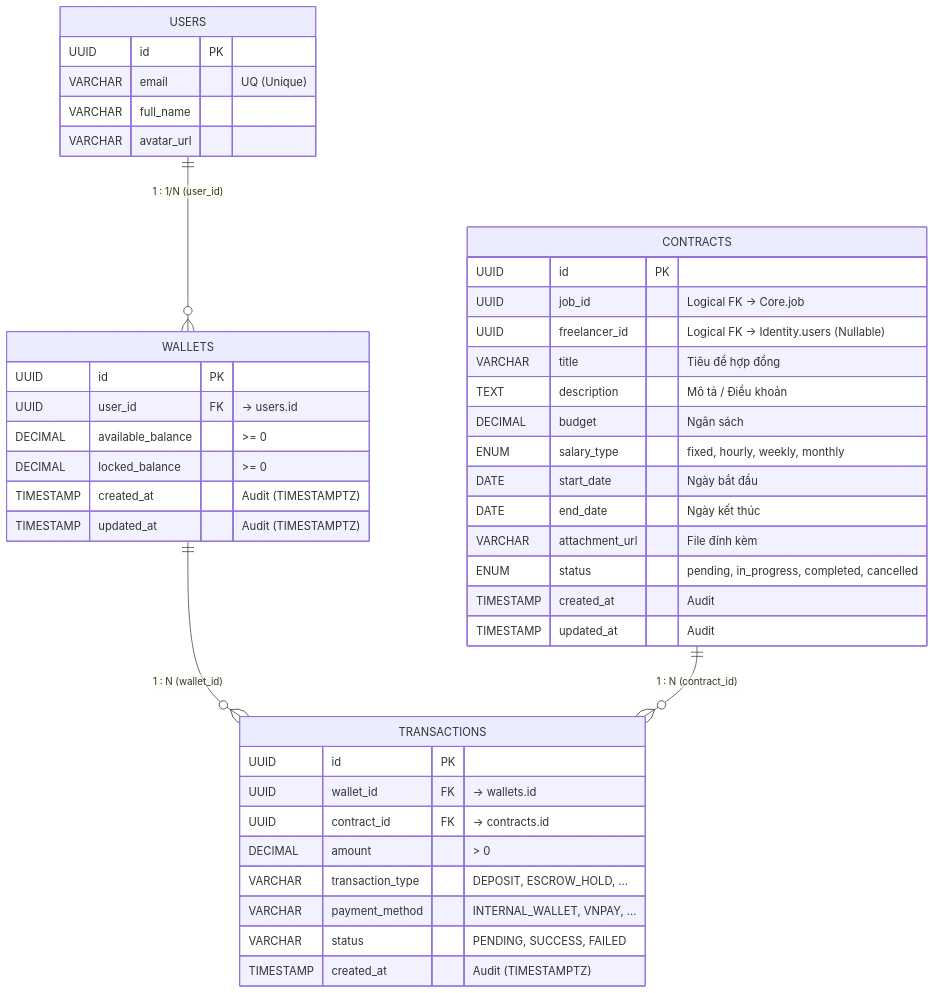
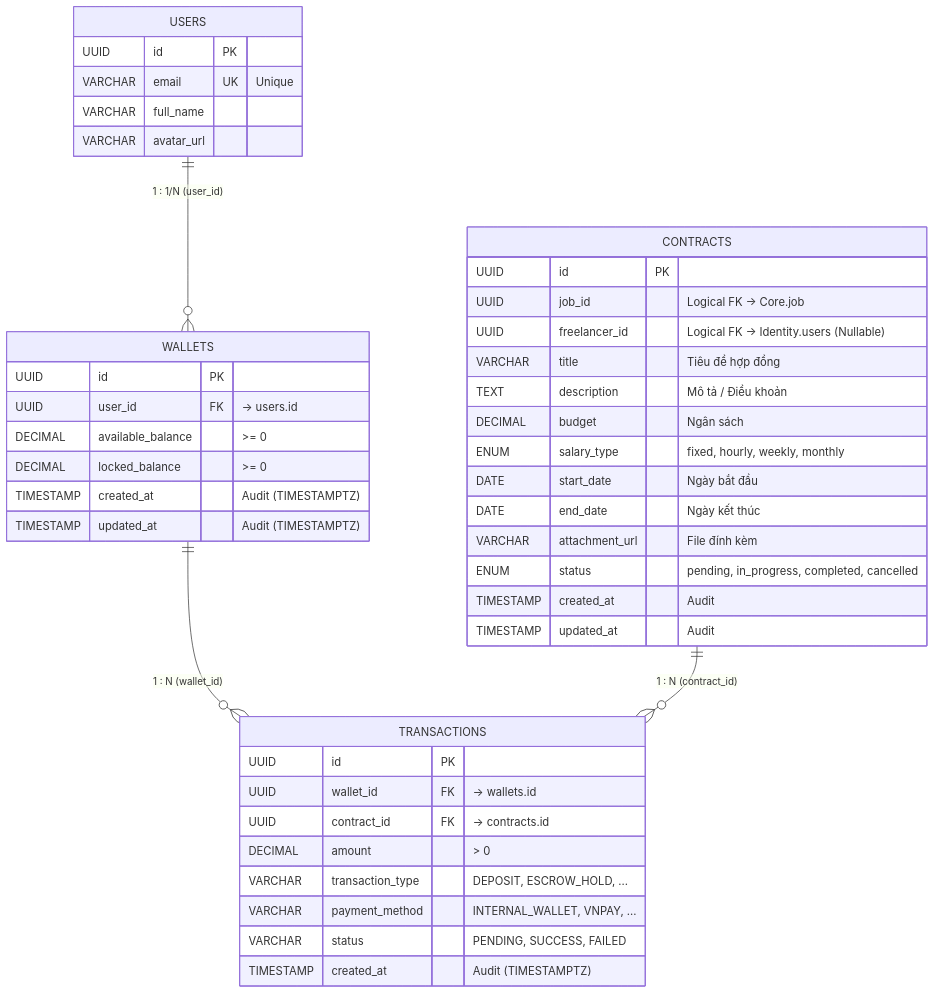
One commit to Occupify/occupify-payment changed the diagram in docs/ERD.md. Above: the diagram before and after it, drawn with Mermaid. The commit also changed 4 other files, not shown here.

First line of the commit message:
fix(docs): replace invalid UQ key with standard UK in mermaid er diagrams

````diff
--- a/docs/ERD.md
+++ b/docs/ERD.md
@@ -23,49 +23,49 @@
 ```mermaid
 erDiagram
     USERS ||--o{ WALLETS : "1 : 1/N (user_id)"
     WALLETS ||--o{ TRANSACTIONS : "1 : N (wallet_id)"
     CONTRACTS ||--o{ TRANSACTIONS : "1 : N (contract_id)"
 
     USERS {
         UUID id PK
-        VARCHAR email "UQ (Unique)"
+        VARCHAR email UK "Unique"
         VARCHAR full_name
         VARCHAR avatar_url
     }
 
     WALLETS {
         UUID id PK
         UUID user_id FK "-> users.id"
         DECIMAL available_balance ">= 0"
         DECIMAL locked_balance ">= 0"
         TIMESTAMP created_at "Audit (TIMESTAMPTZ)"
         TIMESTAMP updated_at "Audit (TIMESTAMPTZ)"
     }
 
     TRANSACTIONS {
         UUID id PK
         UUID wallet_id FK "-> wallets.id"
         UUID contract_id FK "-> contracts.id"
         DECIMAL amount "> 0"
         VARCHAR transaction_type "DEPOSIT, ESCROW_HOLD, ..."
         VARCHAR payment_method "INTERNAL_WALLET, VNPAY, ..."
         VARCHAR status "PENDING, SUCCESS, FAILED"
         TIMESTAMP created_at "Audit (TIMESTAMPTZ)"
     }
 
     CONTRACTS {
         UUID id PK
         UUID job_id "Logical FK -> Core.job"
         UUID freelancer_id "Logical FK -> Identity.users (Nullable)"
         VARCHAR title "Tiêu đề hợp đồng"
         TEXT description "Mô tả / Điều khoản"
         DECIMAL budget "Ngân sách"
         ENUM salary_type "fixed, hourly, weekly, monthly"
         DATE start_date "Ngày bắt đầu"
         DATE end_date "Ngày kết thúc"
         VARCHAR attachment_url "File đính kèm"
         ENUM status "pending, in_progress, completed, cancelled"
         TIMESTAMP created_at "Audit"
         TIMESTAMP updated_at "Audit"
     }
 ```
````
